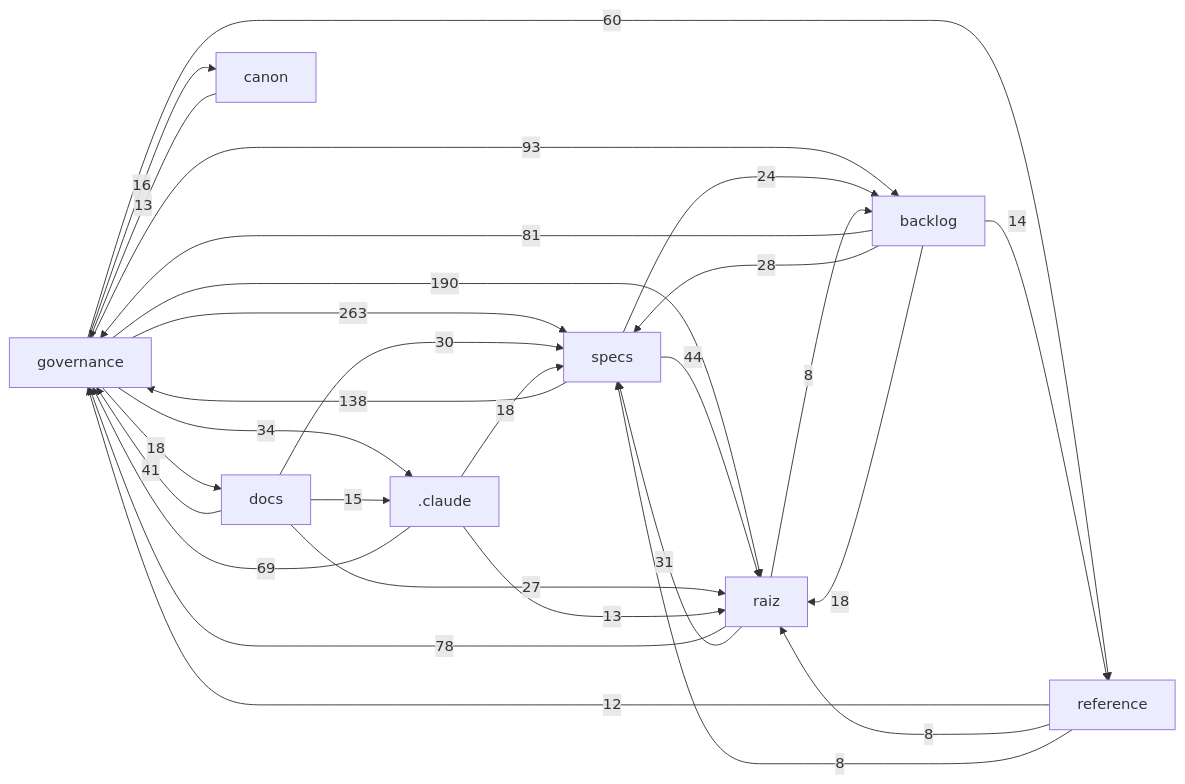
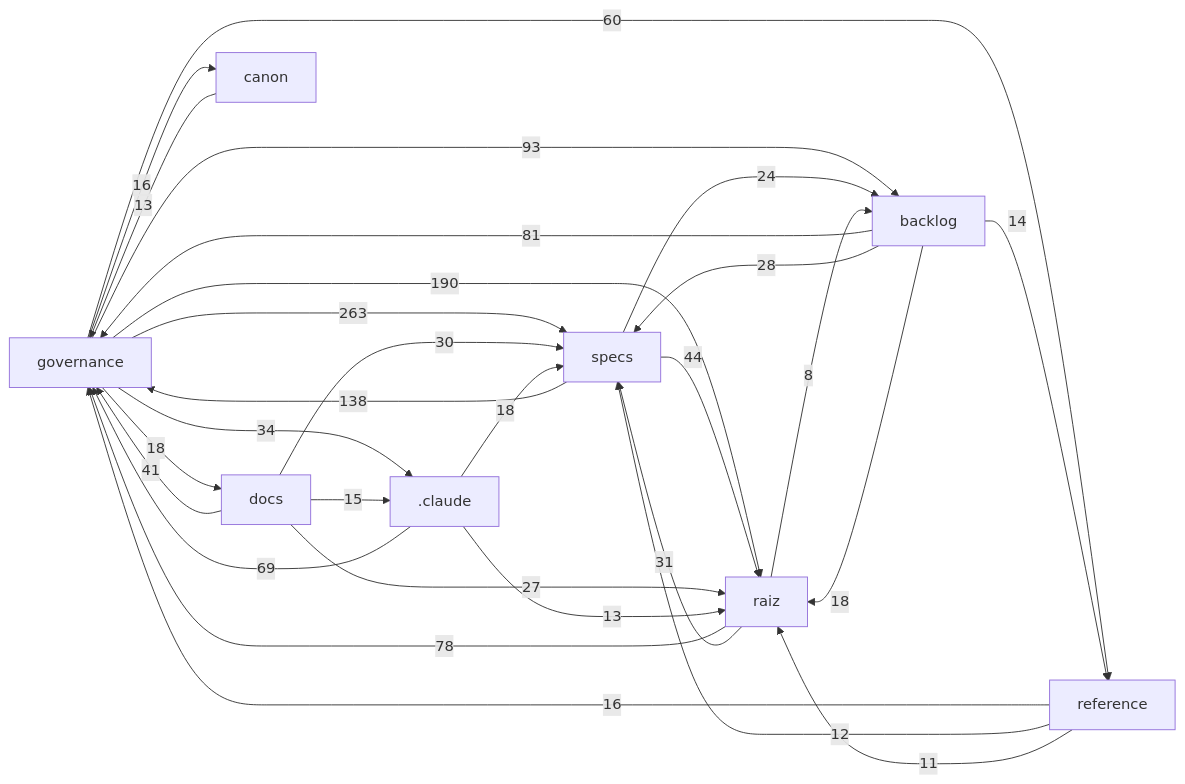
One commit to Andraus35/Sistema-Operacional-de-Trading--SOT changed the diagram in docs/mapa/MAPA-PROJETO.md. Above: the diagram before and after it, drawn with Mermaid. The commit also changed other lines of this file and 2 other files, not shown here.

Commit message:
docs(reference): análise crítica da revisão externa da SPEC-003 (acertos, erros e lacunas reais N1-N5)

````diff
--- a/docs/mapa/MAPA-PROJETO.md
+++ b/docs/mapa/MAPA-PROJETO.md
@@ -30,31 +30,31 @@
 ```mermaid
 flowchart LR
   governance["governance"] -->|263| specs["specs"]
   governance["governance"] -->|190| raiz["raiz"]
   specs["specs"] -->|138| governance["governance"]
   governance["governance"] -->|93| backlog["backlog"]
   backlog["backlog"] -->|81| governance["governance"]
   raiz["raiz"] -->|78| governance["governance"]
   _claude[".claude"] -->|69| governance["governance"]
   governance["governance"] -->|60| reference["reference"]
   specs["specs"] -->|44| raiz["raiz"]
   docs["docs"] -->|41| governance["governance"]
   governance["governance"] -->|34| _claude[".claude"]
   raiz["raiz"] -->|31| specs["specs"]
   docs["docs"] -->|30| specs["specs"]
   backlog["backlog"] -->|28| specs["specs"]
   docs["docs"] -->|27| raiz["raiz"]
   specs["specs"] -->|24| backlog["backlog"]
   _claude[".claude"] -->|18| specs["specs"]
   backlog["backlog"] -->|18| raiz["raiz"]
   governance["governance"] -->|18| docs["docs"]
   governance["governance"] -->|16| canon["canon"]
+  reference["reference"] -->|16| governance["governance"]
   docs["docs"] -->|15| _claude[".claude"]
   backlog["backlog"] -->|14| reference["reference"]
   _claude[".claude"] -->|13| raiz["raiz"]
   canon["canon"] -->|13| governance["governance"]
-  reference["reference"] -->|12| governance["governance"]
+  reference["reference"] -->|12| specs["specs"]
+  reference["reference"] -->|11| raiz["raiz"]
   raiz["raiz"] -->|8| backlog["backlog"]
-  reference["reference"] -->|8| raiz["raiz"]
-  reference["reference"] -->|8| specs["specs"]
 ```
````
